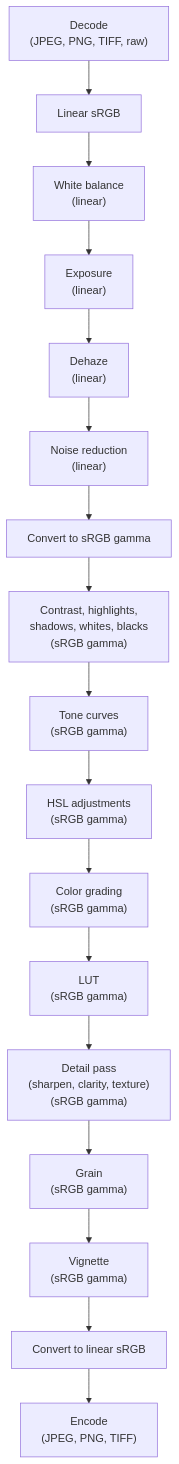
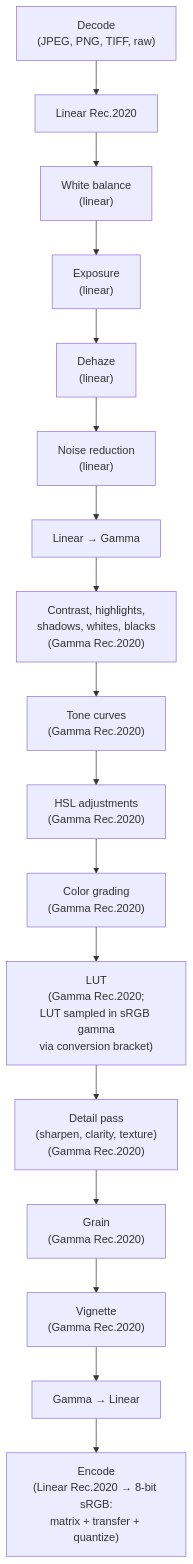
The diagram in docs/book/src/reference/concepts/render-pipeline.md (zhjngli/AgX), drawn with Mermaid before and after one commit. The commit also changed 167 other files, not shown here.

First line of the commit message:
feat: linear Rec.2020 working space (color management SP1) (#51)

````diff
--- a/docs/book/src/reference/concepts/render-pipeline.md
+++ b/docs/book/src/reference/concepts/render-pipeline.md
@@ -7,37 +7,37 @@
 ```mermaid
 flowchart TD
     Decode["Decode<br/>(JPEG, PNG, TIFF, raw)"]
-    LinearEntry["Linear sRGB"]
+    LinearEntry["Linear Rec.2020"]
     WB["White balance<br/>(linear)"]
     Exposure["Exposure<br/>(linear)"]
     Dehaze["Dehaze<br/>(linear)"]
     Denoise["Noise reduction<br/>(linear)"]
-    LinearToGamma["Convert to sRGB gamma"]
-    Tonal["Contrast, highlights,<br/>shadows, whites, blacks<br/>(sRGB gamma)"]
-    ToneCurves["Tone curves<br/>(sRGB gamma)"]
-    HSL["HSL adjustments<br/>(sRGB gamma)"]
-    ColorGrading["Color grading<br/>(sRGB gamma)"]
-    LUT["LUT<br/>(sRGB gamma)"]
-    Detail["Detail pass<br/>(sharpen, clarity, texture)<br/>(sRGB gamma)"]
-    Grain["Grain<br/>(sRGB gamma)"]
-    Vignette["Vignette<br/>(sRGB gamma)"]
-    GammaToLinear["Convert to linear sRGB"]
-    Encode["Encode<br/>(JPEG, PNG, TIFF)"]
+    LinearToGamma["Linear → Gamma"]
+    Tonal["Contrast, highlights,<br/>shadows, whites, blacks<br/>(Gamma Rec.2020)"]
+    ToneCurves["Tone curves<br/>(Gamma Rec.2020)"]
+    HSL["HSL adjustments<br/>(Gamma Rec.2020)"]
+    ColorGrading["Color grading<br/>(Gamma Rec.2020)"]
+    LUT["LUT<br/>(Gamma Rec.2020;<br/>LUT sampled in sRGB gamma<br/>via conversion bracket)"]
+    Detail["Detail pass<br/>(sharpen, clarity, texture)<br/>(Gamma Rec.2020)"]
+    Grain["Grain<br/>(Gamma Rec.2020)"]
+    Vignette["Vignette<br/>(Gamma Rec.2020)"]
+    GammaToLinear["Gamma → Linear"]
+    Encode["Encode<br/>(Linear Rec.2020 → 8-bit sRGB:<br/>matrix + transfer + quantize)"]
 
     Decode --> LinearEntry
     LinearEntry --> WB
     WB --> Exposure
     Exposure --> Dehaze
     Dehaze --> Denoise
     Denoise --> LinearToGamma
     LinearToGamma --> Tonal
     Tonal --> ToneCurves
     ToneCurves --> HSL
     HSL --> ColorGrading
     ColorGrading --> LUT
     LUT --> Detail
     Detail --> Grain
     Grain --> Vignette
     Vignette --> GammaToLinear
     GammaToLinear --> Encode
 ```
````
